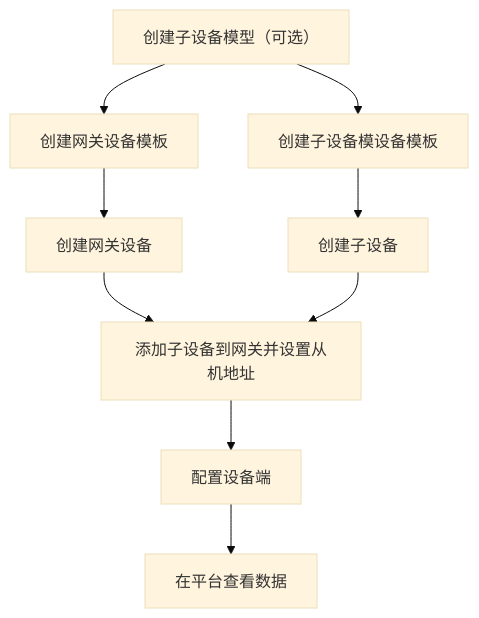
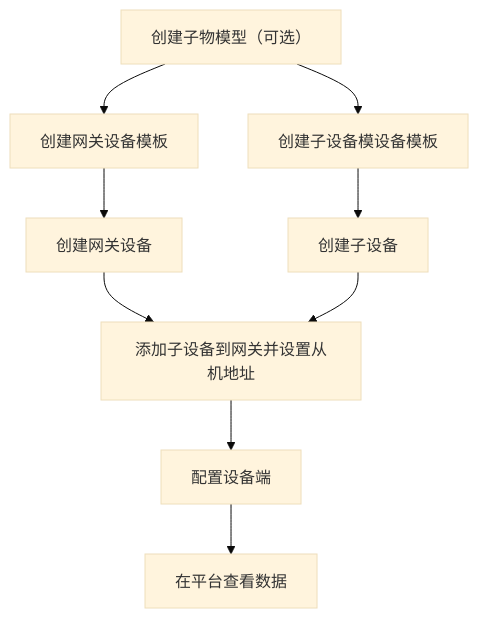
One commit to ThingsPanel/thingspanel.github.io changed the diagram in docs/device-connect/modbus.md. Above: the diagram before and after it, drawn with Mermaid (base theme). The commit also changed 9 other files, not shown here.

````diff
--- a/docs/device-connect/modbus.md
+++ b/docs/device-connect/modbus.md
@@ -40,12 +40,12 @@
 ```mermaid
 
 graph TD
-    A[创建子设备模型（可选）] --> B[创建网关设备模板]
+    A[创建子物模型（可选）] --> B[创建网关设备模板]
     A --> C[创建子设备模设备模板]
     B --> D[创建网关设备]
     C --> E[创建子设备]
     D --> F[添加子设备到网关并设置从机地址]
     E --> F
     F --> G[配置设备端]
     G --> H[在平台查看数据]
 ```
````
